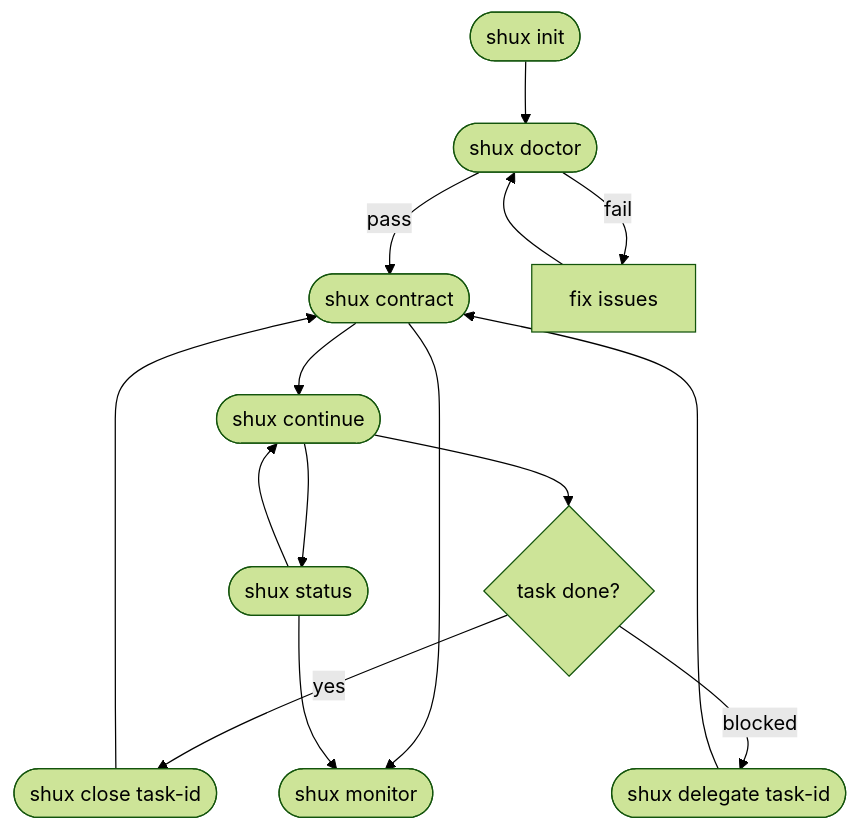
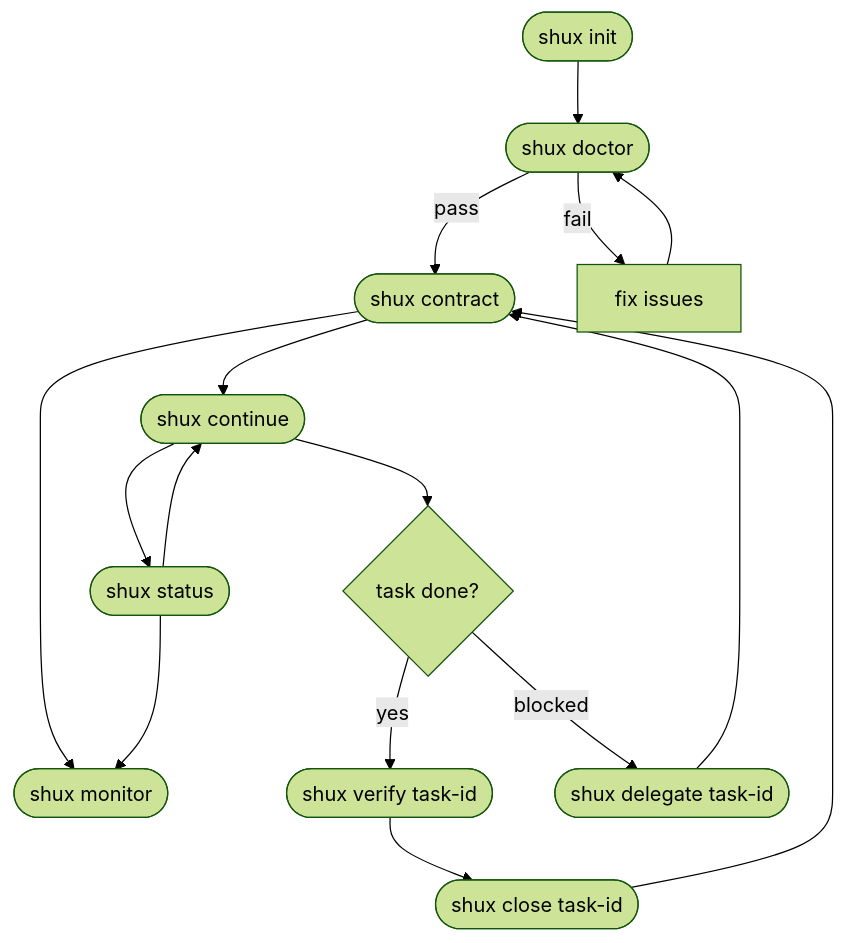
Before and after one commit to artificemachine/superharness: the first of 2 diagrams in docs/GUIDE.md, drawn with Mermaid (forest theme). The commit also changed other lines of this file and 2 other files, not shown here.

First line of the commit message:
docs: add verify, test-type, and model routing to all command docs

````diff
--- a/docs/GUIDE.md
+++ b/docs/GUIDE.md
@@ -35,16 +37,17 @@
 ```mermaid
 graph TD
     A([shux init]) --> B([shux doctor])
     B -->|pass| C([shux contract])
     B -->|fail| B2[fix issues] --> B
     C --> D([shux continue])
     C --> E([shux monitor])
     D --> F{task done?}
-    F -->|yes| G([shux close task-id])
+    F -->|yes| F2([shux verify task-id])
+    F2 --> G([shux close task-id])
     F -->|blocked| H([shux delegate task-id])
     G --> C
     H --> C
     D --> I([shux status])
     I --> D
     I --> E
 ```
````
